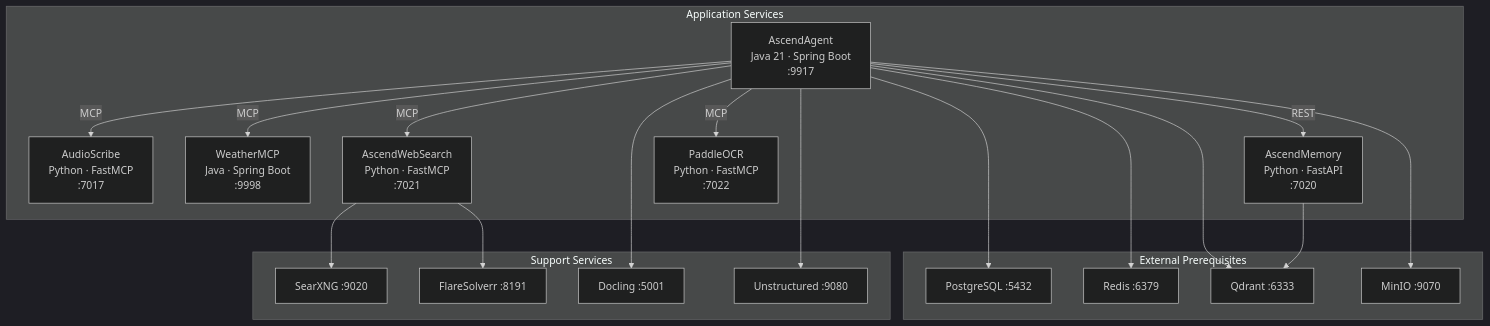
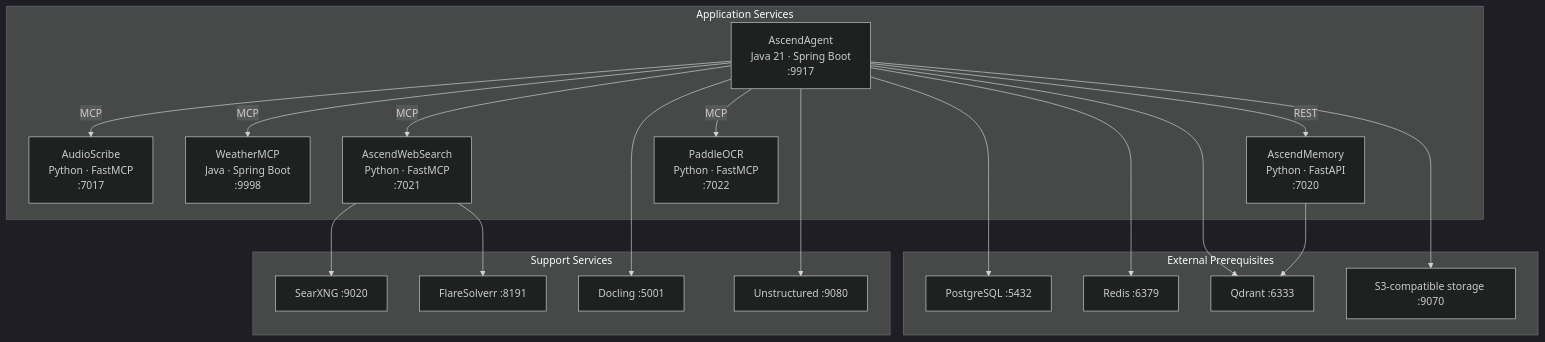
The first of 3 diagrams in docs/architecture/arc42/03-building-blocks.md (Lukk17/AscendAI), drawn with Mermaid (dark theme) before and after one commit. The commit also changed other lines of this file and 207 other files, not shown here.

First line of the commit message:
feat(storage): replace MinIO with Floci as the local object store

````diff
--- a/docs/architecture/arc42/03-building-blocks.md
+++ b/docs/architecture/arc42/03-building-blocks.md
@@ -7,40 +7,40 @@
 ```mermaid
 graph TB
     subgraph "Application Services"
         Agent["AscendAgent<br/>Java 21 · Spring Boot<br/>:9917"]
         AudioScribe["AudioScribe<br/>Python · FastMCP<br/>:7017"]
         Weather["WeatherMCP<br/>Java · Spring Boot<br/>:9998"]
         WebSearch["AscendWebSearch<br/>Python · FastMCP<br/>:7021"]
         Memory["AscendMemory<br/>Python · FastAPI<br/>:7020"]
         PaddleOCR["PaddleOCR<br/>Python · FastMCP<br/>:7022"]
     end
 
     subgraph "External Prerequisites"
         Postgres["PostgreSQL :5432"]
         Redis["Redis :6379"]
         Qdrant["Qdrant :6333"]
-        MinIO["MinIO :9070"]
+        S3["S3-compatible storage :9070"]
     end
 
     subgraph "Support Services"
         SearXNG["SearXNG :9020"]
         Flare["FlareSolverr :8191"]
         Docling["Docling :5001"]
         Unstructured["Unstructured :9080"]
     end
 
     Agent -->|"MCP"| AudioScribe
     Agent -->|"MCP"| Weather
     Agent -->|"MCP"| WebSearch
     Agent -->|"MCP"| PaddleOCR
     Agent -->|"REST"| Memory
     Agent --> Postgres
     Agent --> Redis
     Agent --> Qdrant
-    Agent --> MinIO
+    Agent --> S3
     Agent --> Docling
     Agent --> Unstructured
     WebSearch --> SearXNG
     WebSearch --> Flare
     Memory --> Qdrant
 ```
````
